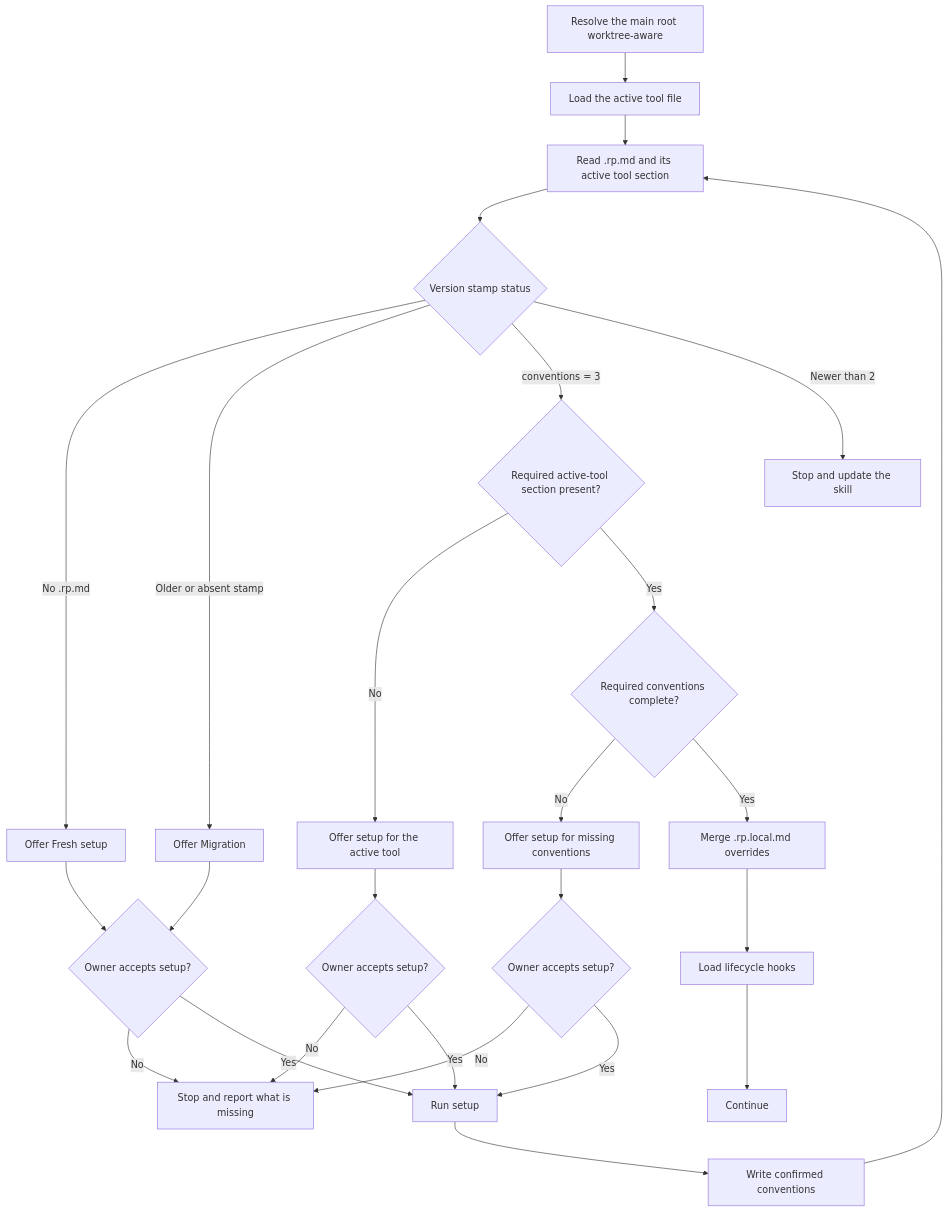
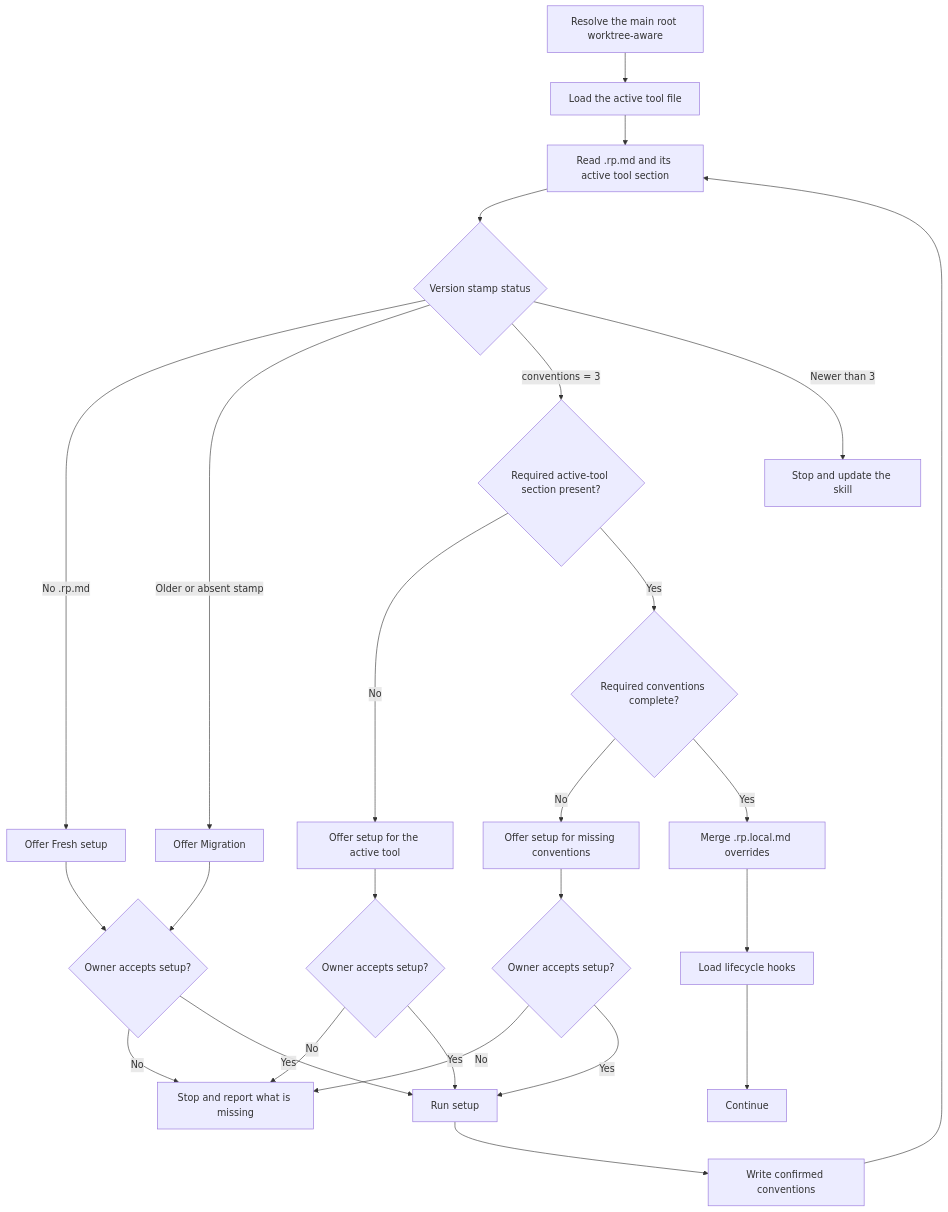
One commit to Automattic/radical-pipelines changed the diagram in docs/flowcharts/load-conventions.md. Above: the diagram before and after it, drawn with Mermaid. The commit also changed 7 other files, not shown here.

````diff
--- a/docs/flowcharts/load-conventions.md
+++ b/docs/flowcharts/load-conventions.md
@@ -5,28 +5,28 @@
 ```mermaid
 flowchart TD
     A["Resolve the main root worktree-aware"] --> B["Load the active tool file"]
     B --> C["Read .rp.md and its active tool section"]
     C --> H{"Version stamp status"}
     H -->|No .rp.md| I["Offer Fresh setup"]
     H -->|Older or absent stamp| J["Offer Migration"]
     H -->|"conventions" = 3| D{"Required active-tool section present?"}
-    H -->|Newer than 2| L["Stop and update the skill"]
+    H -->|Newer than 3| L["Stop and update the skill"]
     D -->|No| E["Offer setup for the active tool"]
     E --> F{"Owner accepts setup?"}
     F -->|No| STOP["Stop and report what is missing"]
     F -->|Yes| SETUP["Run setup"]
     SETUP --> WRITE["Write confirmed conventions"]
     WRITE --> C
     D -->|Yes| K{"Required conventions complete?"}
     I --> M{"Owner accepts setup?"}
     J --> M
     M -->|No| STOP
     M -->|Yes| SETUP
     K -->|No| N["Offer setup for missing conventions"]
     N --> O{"Owner accepts setup?"}
     O -->|No| STOP
     O -->|Yes| SETUP
     K -->|Yes| G["Merge .rp.local.md overrides"]
     G --> P["Load lifecycle hooks"]
     P --> Q["Continue"]
 ```
````
